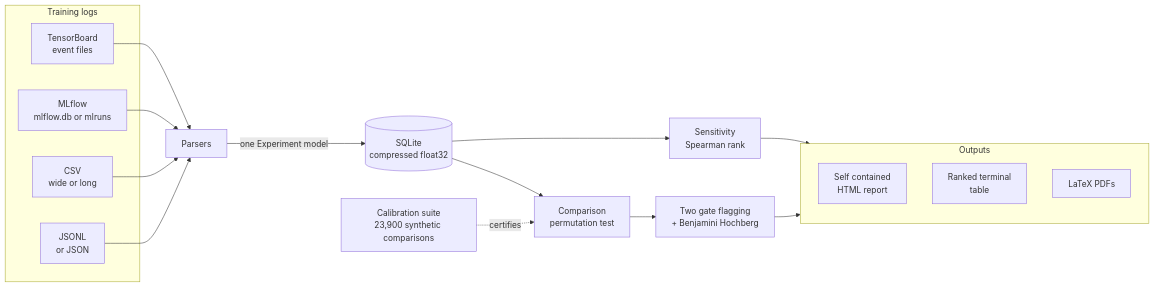
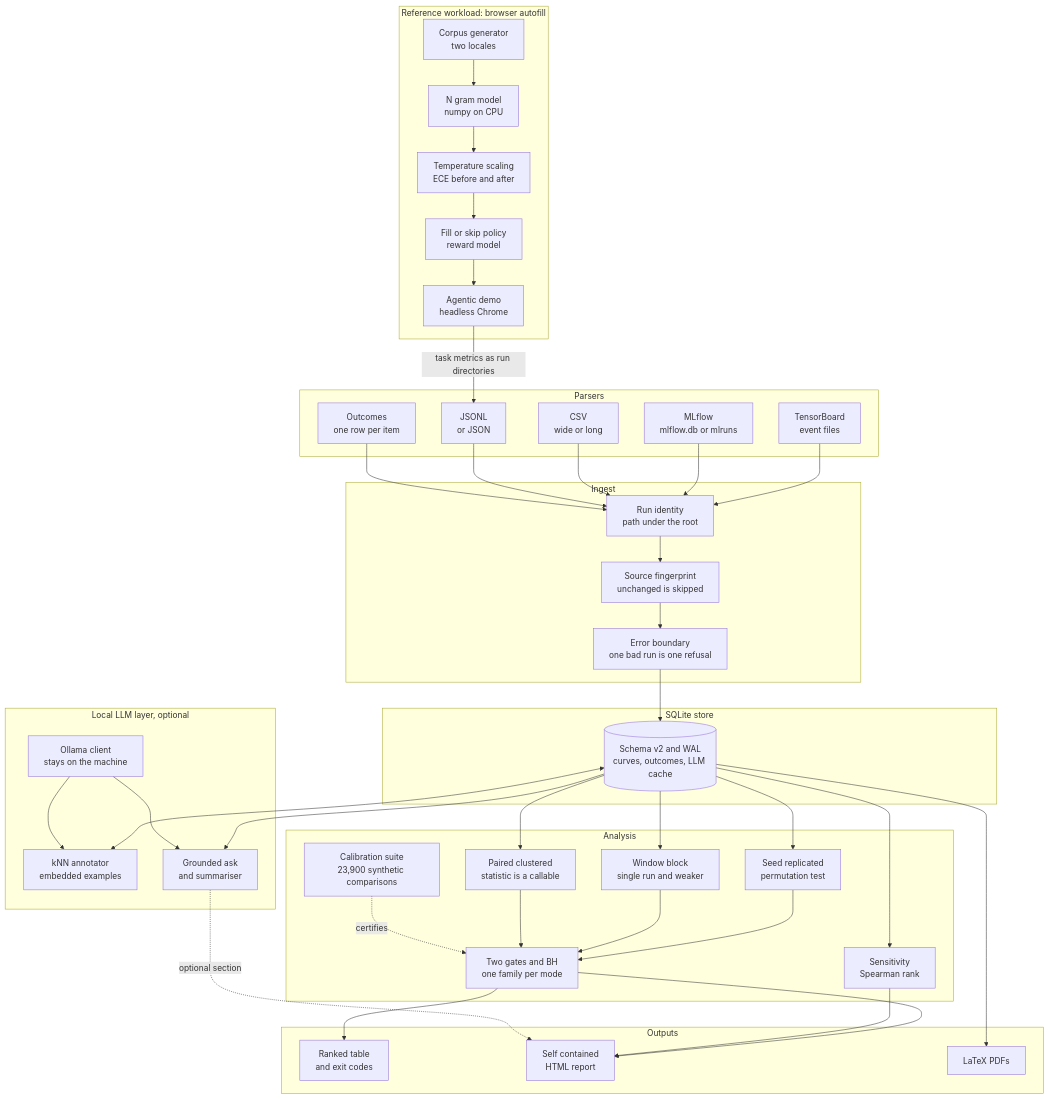
The diagram in README.md (Olajide-Badejo/ML-Experiment-Triage), drawn with Mermaid before and after one commit. The commit also changed other lines of this file and 2 other files, not shown here.

````diff
--- a/README.md
+++ b/README.md
@@ -318,31 +272,79 @@
 ```mermaid
-flowchart LR
-    subgraph sources [Training logs]
+flowchart TD
+    subgraph workload [Reference workload: browser autofill]
+        GEN[Corpus generator<br/>two locales]
+        MODEL[N gram model<br/>numpy on CPU]
+        TEMP[Temperature scaling<br/>ECE before and after]
+        POL[Fill or skip policy<br/>reward model]
+        AGENT[Agentic demo<br/>headless Chrome]
+    end
+
+    subgraph parsers [Parsers]
         TB[TensorBoard<br/>event files]
         MLF[MLflow<br/>mlflow.db or mlruns]
         CSV[CSV<br/>wide or long]
         JSONL[JSONL<br/>or JSON]
+        OUTC[Outcomes<br/>one row per item]
     end
 
-    TB --> P[Parsers]
-    MLF --> P
-    CSV --> P
-    JSONL --> P
+    subgraph ingest [Ingest]
+        ID[Run identity<br/>path under the root]
+        FP[Source fingerprint<br/>unchanged is skipped]
+        ERR[Error boundary<br/>one bad run is one refusal]
+    end
 
-    P -->|one Experiment model| DB[(SQLite<br/>compressed float32)]
+    subgraph store [SQLite store]
+        DB[(Schema v2 and WAL<br/>curves, outcomes, LLM cache)]
+    end
 
-    DB --> CMP[Comparison<br/>permutation test]
-    DB --> SENS[Sensitivity<br/>Spearman rank]
+    subgraph analysis [Analysis]
+        SEED[Seed replicated<br/>permutation test]
+        BLOCK[Window block<br/>single run and weaker]
+        PAIR[Paired clustered<br/>statistic is a callable]
+        SENS[Sensitivity<br/>Spearman rank]
+        GATE[Two gates and BH<br/>one family per mode]
+        CAL[Calibration suite<br/>23,900 synthetic comparisons]
+    end
 
-    CMP --> REG[Two gate flagging<br/>+ Benjamini Hochberg]
-    REG --> OUT
-    SENS --> OUT
+    subgraph local [Local LLM layer, optional]
+        OLLAMA[Ollama client<br/>stays on the machine]
+        KNN[kNN annotator<br/>embedded examples]
+        ASK[Grounded ask<br/>and summariser]
+    end
 
-    subgraph OUT [Outputs]
+    subgraph outputs [Outputs]
+        TERM[Ranked table<br/>and exit codes]
         HTML[Self contained<br/>HTML report]
-        TERM[Ranked terminal<br/>table]
         PDF[LaTeX PDFs]
     end
 
-    CAL[Calibration suite<br/>23,900 synthetic comparisons] -.certifies.-> CMP
+    GEN --> MODEL --> TEMP --> POL --> AGENT
+    AGENT -->|task metrics as run directories| JSONL
+
+    TB --> ID
+    MLF --> ID
+    CSV --> ID
+    JSONL --> ID
+    OUTC --> ID
+    ID --> FP --> ERR --> DB
+
+    DB --> SEED
+    DB --> BLOCK
+    DB --> PAIR
+    DB --> SENS
+    SEED --> GATE
+    BLOCK --> GATE
+    PAIR --> GATE
+    CAL -.certifies.-> GATE
+
+    DB <--> KNN
+    DB --> ASK
+    OLLAMA --> KNN
+    OLLAMA --> ASK
+
+    GATE --> TERM
+    GATE --> HTML
+    SENS --> HTML
+    DB --> PDF
+    ASK -.optional section.-> HTML
 ```
````
